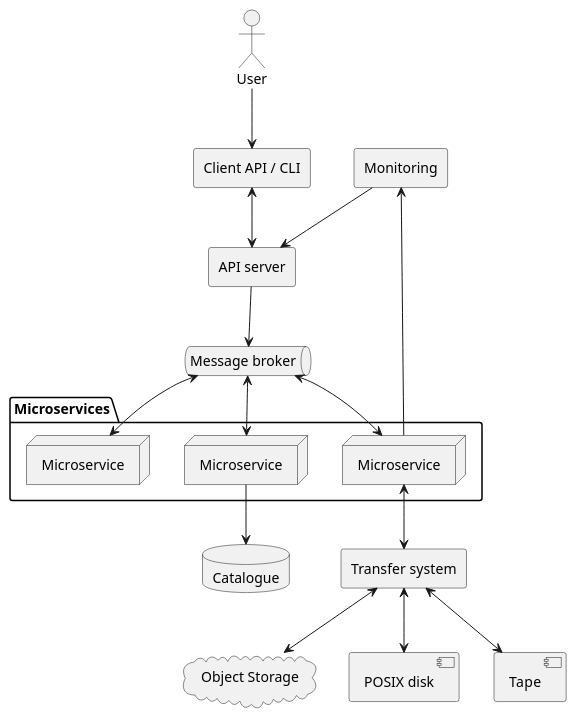
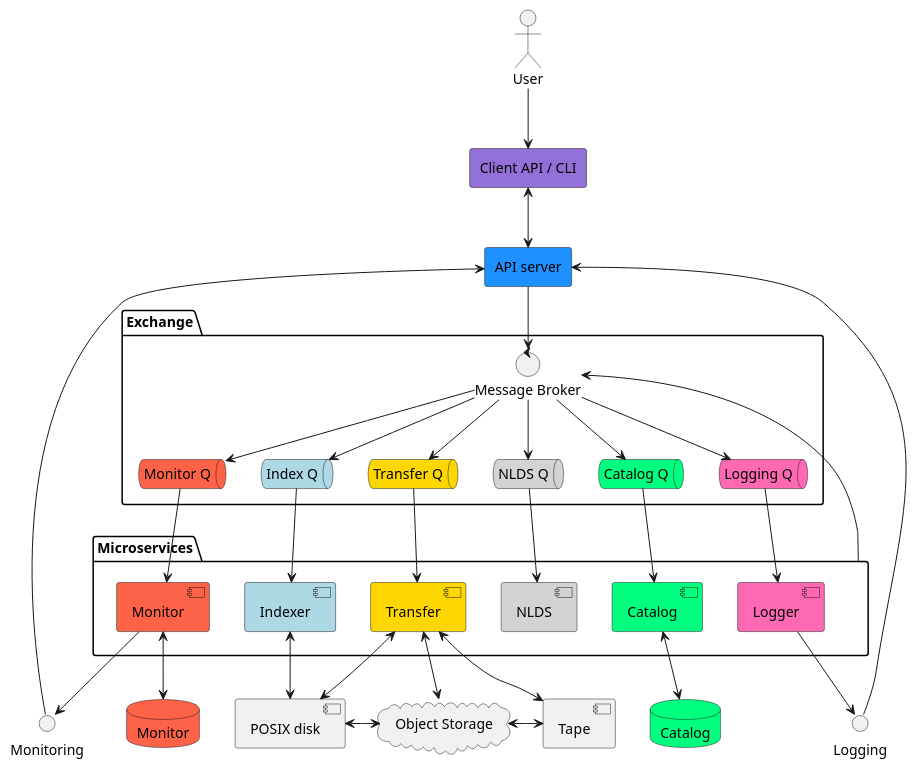
One commit to cedadev/nlds changed the diagram in docs/spec/uml/overview.puml. Above: the diagram before and after it, drawn with PlantUML. The commit also changed 7 other files, not shown here.

```diff
--- a/docs/spec/uml/overview.puml
+++ b/docs/spec/uml/overview.puml
@@ -1,34 +1,76 @@
 @startuml overview
 
-actor user as "User"
-agent client as "Client API / CLI"
-agent API_server as "API server"
-queue message_broker as "Message broker"
-agent monitoring as "Monitoring"
-database catalogue as "Catalogue"
+together {
+    actor user as "User"
+    agent client as "Client API / CLI" #MediumPurple
+    agent API_server as "API server" #DodgerBlue
+}
+
+interface monitoring as "Monitoring"
+interface logging as "Logging"
+
+database catalogdb as "Catalog" #SpringGreen
+database monitordb as "Monitor" #tomato
+
 cloud object_storage as "Object Storage"
-agent transfer as "Transfer system"
 component posix as "POSIX disk"
 component tape as "Tape"
 
+package Exchange{
+    control mb as "Message Broker"
+    queue mq as "Monitor Q" #tomato
+    queue iq as "Index Q" #lightblue
+    queue tq as "Transfer Q" #gold
+    queue wq as "NLDS Q" #lightgrey
+    queue cq as "Catalog Q" #SpringGreen
+    queue lq as "Logging Q" #hotpink
+}
+
 package Microservices {
-node micro_service_1 as "Microservice"
-node micro_service_2 as "Microservice"
-node micro_service_3 as "Microservice"
-}  
+    component monitor as "Monitor" #tomato
+    component indexer as "Indexer" #lightblue
+    component transfer as "Transfer" #gold
+    component work as "NLDS" #lightgrey
+    component catalog as "Catalog" #SpringGreen
+    component logger as "Logger" #hotpink
+}
+
+Microservices-->mb
 
 user-->client
 client<-->API_server
-API_server-->message_broker
-message_broker <--> micro_service_1
-message_broker <--> micro_service_2
-message_broker <--> micro_service_3
-micro_service_3 --> monitoring
-micro_service_1 --> catalogue
-monitoring --> API_server
-micro_service_3 <--> transfer
+API_server-->mb
+
+mb --> wq
+mb --> iq
+mb --> tq
+mb --> cq
+mb --> mq
+mb --> lq
+
+wq --> work
+iq --> indexer
+tq --> transfer
+cq --> catalog
+mq --> monitor
+lq --> logger
+
+
+monitor --> monitoring
+API_server <--- monitoring
+
+logger --> logging
+API_server <--- logging
+
+catalog <--> catalogdb
 transfer <--> object_storage
 transfer <--> posix
 transfer <--> tape
+indexer <--> posix
+
+posix <-> object_storage
+object_storage <-> tape
+
+monitor <--> monitordb
 
 @enduml 
```
